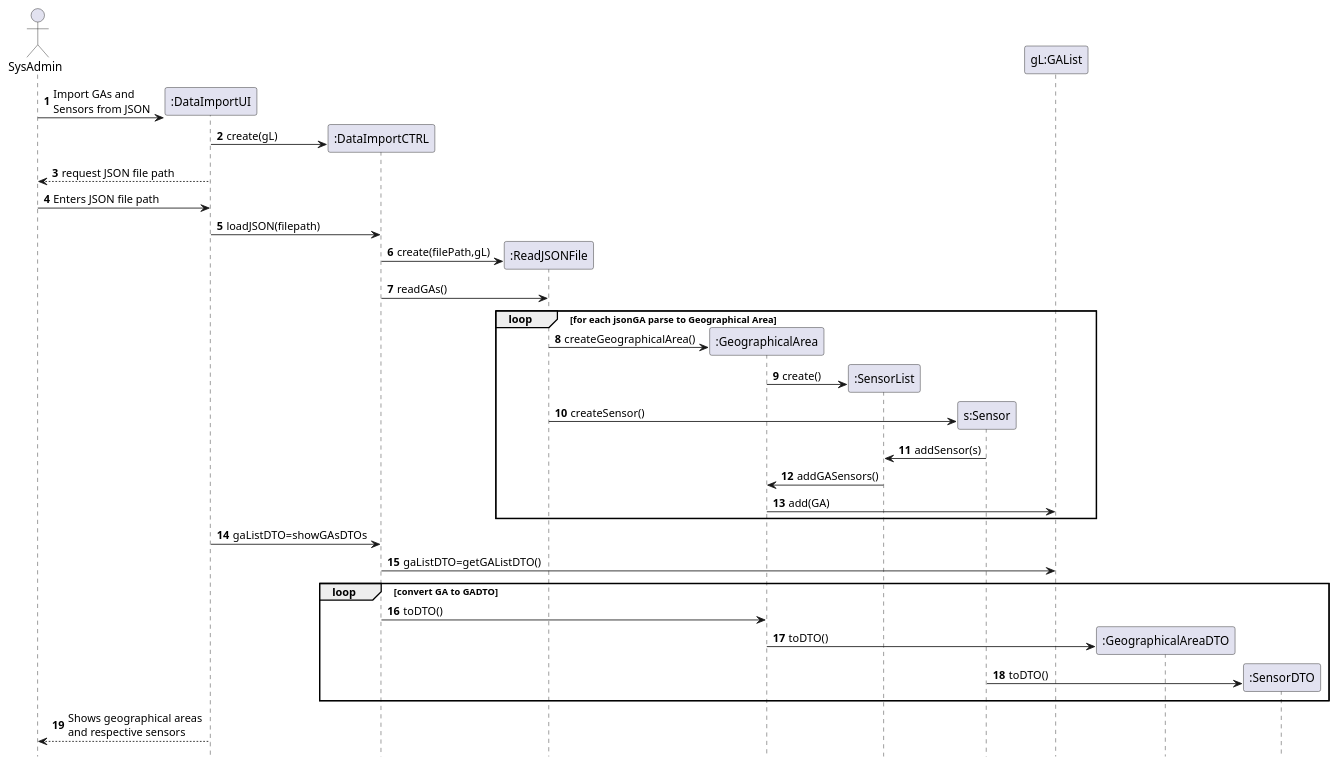
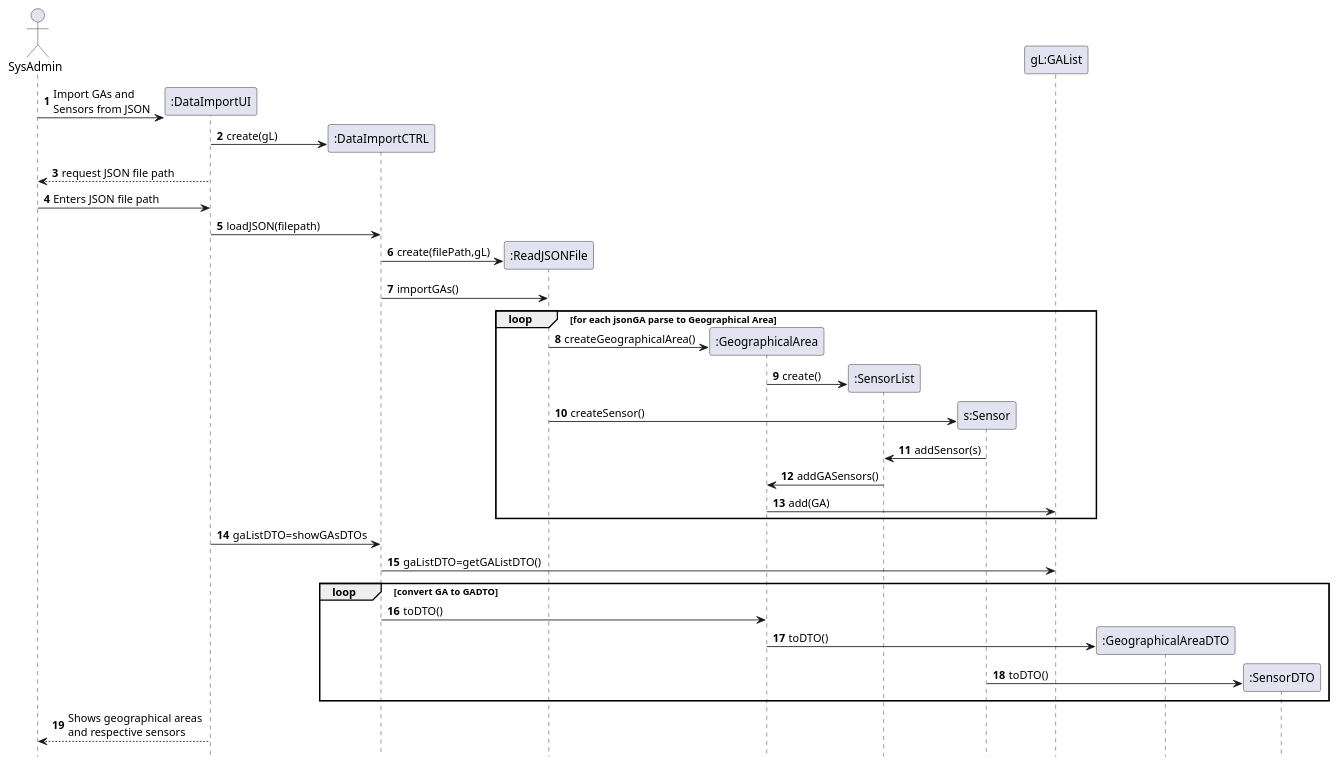
Before and after one commit to emanuel-pereira/hou: the diagram in src/main/java/smarthome/controller/sequenceDiagrams/sd_ImportGAsAndSensors.puml, drawn with PlantUML. The commit also changed 3 other files, not shown here.

Commit message:
refactor of method readGAs to importGAs and respective update on sequence diagram

```diff
--- a/src/main/java/smarthome/controller/sequenceDiagrams/sd_ImportGAsAndSensors.puml
+++ b/src/main/java/smarthome/controller/sequenceDiagrams/sd_ImportGAsAndSensors.puml
@@ -1,39 +1,39 @@
 @startuml
 autonumber
 hidefootbox
 actor SysAdmin
 create ":DataImportUI"
 SysAdmin -> ":DataImportUI": Import GAs and \nSensors from JSON
 create ":DataImportCTRL"
 ":DataImportUI" -> ":DataImportCTRL": create(gL)
 SysAdmin <-- ":DataImportUI": request JSON file path
 SysAdmin -> ":DataImportUI": Enters JSON file path
 ":DataImportUI" -> ":DataImportCTRL": loadJSON(filepath)
 create ":ReadJSONFile"
 ":DataImportCTRL"->":ReadJSONFile": create(filePath,gL)
-":DataImportCTRL" -> ":ReadJSONFile": readGAs()
+":DataImportCTRL" -> ":ReadJSONFile": importGAs()
 loop for each jsonGA parse to Geographical Area
 create ":GeographicalArea"
 
 ":ReadJSONFile" -> ":GeographicalArea": createGeographicalArea()
 create ":SensorList"
 ":GeographicalArea" -> ":SensorList": create()
 create "s:Sensor"
 	     ":ReadJSONFile" ->"s:Sensor": createSensor()
 	    "s:Sensor"->":SensorList": addSensor(s)
 	    ":SensorList"->":GeographicalArea":addGASensors()
 	    ":GeographicalArea"->"gL:GAList": add(GA)
 end
 ":DataImportCTRL"<-":DataImportUI":gaListDTO=showGAsDTOs
 ":DataImportCTRL"->"gL:GAList": gaListDTO=getGAListDTO()
 loop convert GA to GADTO
 ":DataImportCTRL"->":GeographicalArea": toDTO()
 create ":GeographicalAreaDTO"
 ":GeographicalArea"->":GeographicalAreaDTO": toDTO()
 create ":SensorDTO"
 "s:Sensor"->":SensorDTO": toDTO()
 
 end
 
 SysAdmin<--":DataImportUI": Shows geographical areas \nand respective sensors
 @enduml
```
